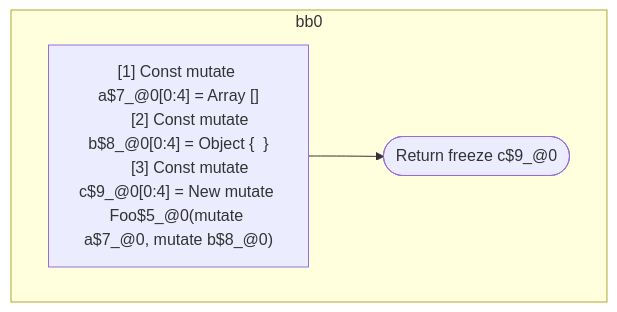
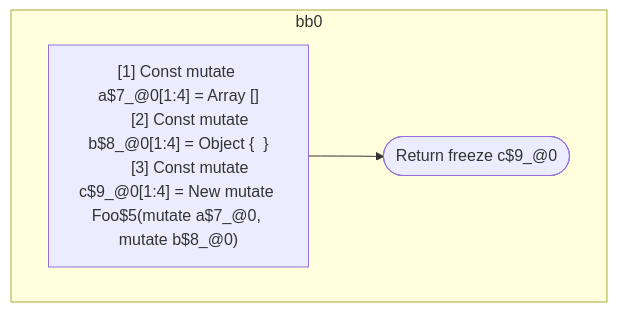
One commit to wutsmog/private changed the second of 2 diagrams in compiler/forget/src/__tests__/fixtures/hir/ssa-newexpression.expect.md. Above: the diagram before and after it, drawn with Mermaid. The commit also changed other lines of this file and 100 other files, not shown here.

````diff
--- a/compiler/forget/src/__tests__/fixtures/hir/ssa-newexpression.expect.md
+++ b/compiler/forget/src/__tests__/fixtures/hir/ssa-newexpression.expect.md
@@ -56,15 +82,15 @@
 ```mermaid
 flowchart TB
   %% Basic Blocks
   subgraph bb0
     bb0_instrs["
-      [1] Const mutate a$7_@0[0:4] = Array []
-      [2] Const mutate b$8_@0[0:4] = Object {  }
-      [3] Const mutate c$9_@0[0:4] = New mutate Foo$5_@0(mutate a$7_@0, mutate b$8_@0)
+      [1] Const mutate a$7_@0[1:4] = Array []
+      [2] Const mutate b$8_@0[1:4] = Object {  }
+      [3] Const mutate c$9_@0[1:4] = New mutate Foo$5(mutate a$7_@0, mutate b$8_@0)
     "]
     bb0_instrs --> bb0_terminal(["Return freeze c$9_@0"])
   end
 
   %% Jumps
   %% empty
 ```
````
